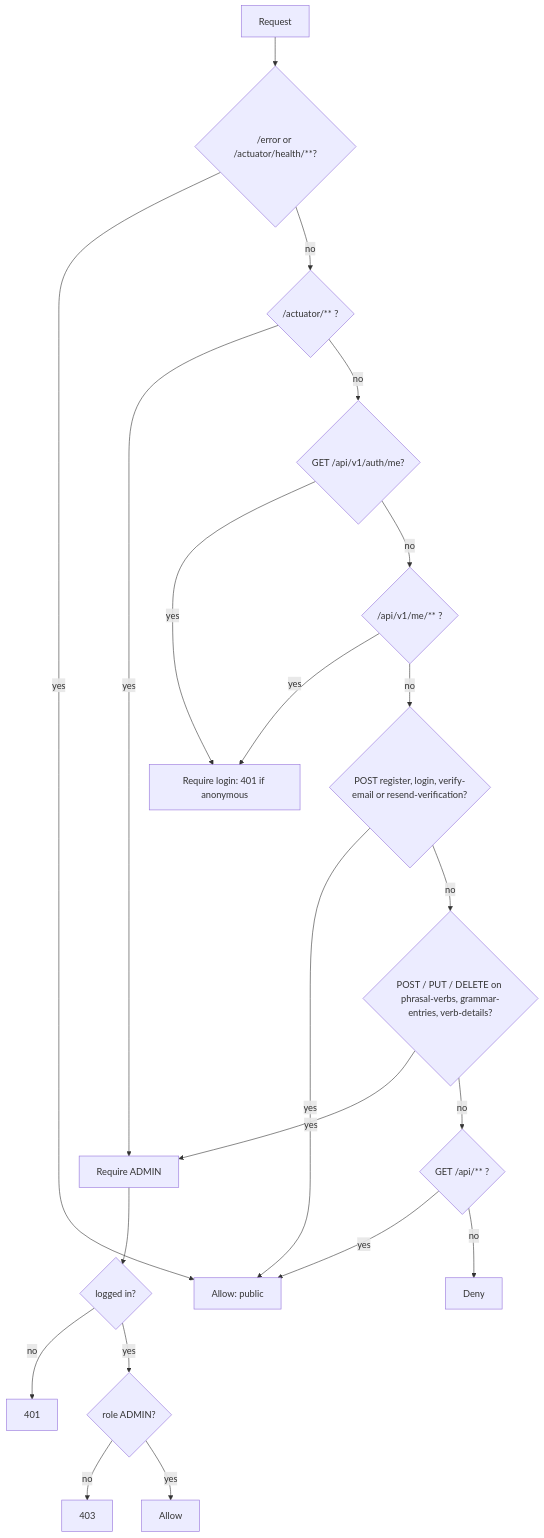
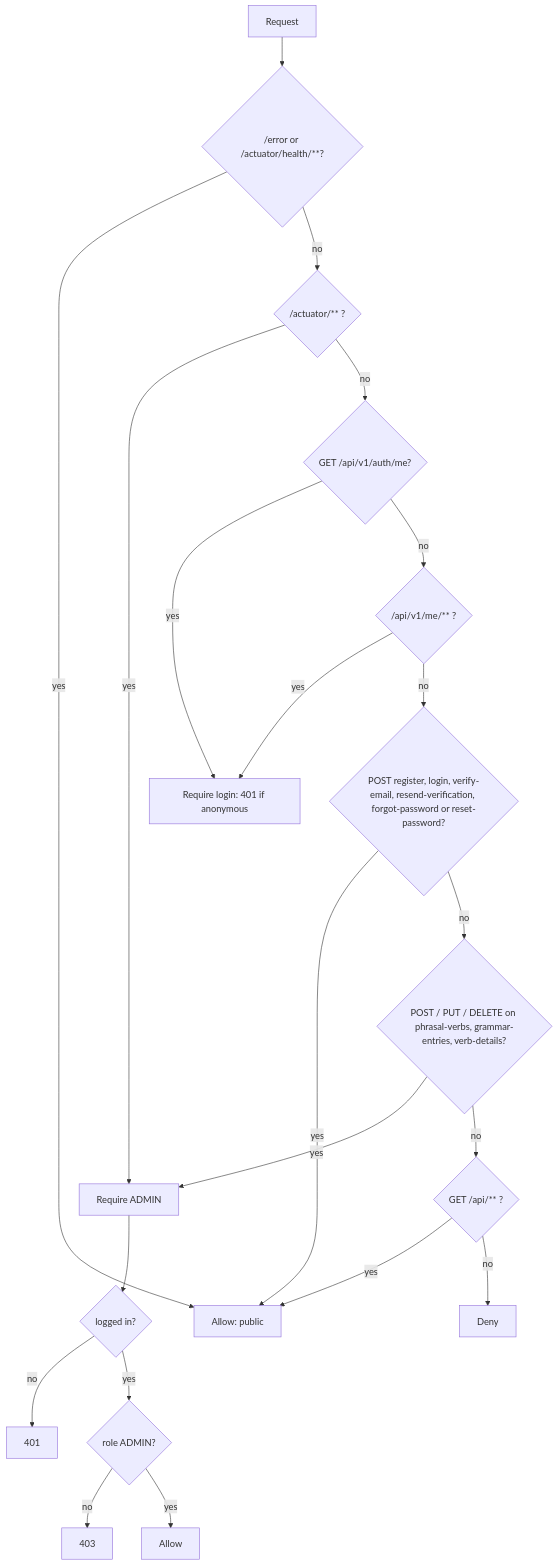
The third of 3 diagrams in docs/diagrams/auth-flow.md (makeitfine-org/phrasal), drawn with Mermaid before and after one commit. The commit also changed other lines of this file and 12 other files, not shown here.

Commit message:
docs: document password reset flow

````diff
--- a/docs/diagrams/auth-flow.md
+++ b/docs/diagrams/auth-flow.md
@@ -56,23 +56,23 @@
 ```mermaid
 flowchart TD
     R[Request] --> E{/error or /actuator/health/**?}
     E -- yes --> PUB[Allow: public]
     E -- no --> A{/actuator/** ?}
     A -- yes --> ADM[Require ADMIN]
     A -- no --> ME{GET /api/v1/auth/me?}
     ME -- yes --> AUTH[Require login: 401 if anonymous]
     ME -- no --> MEP{/api/v1/me/** ?}
     MEP -- yes --> AUTH
-    MEP -- no --> RL{POST register, login, verify-email or resend-verification?}
+    MEP -- no --> RL{POST register, login, verify-email, resend-verification, forgot-password or reset-password?}
     RL -- yes --> PUB
     RL -- no --> W{POST / PUT / DELETE on phrasal-verbs, grammar-entries, verb-details?}
     W -- yes --> ADM
     W -- no --> G{GET /api/** ?}
     G -- yes --> PUB
     G -- no --> DENY[Deny]
     ADM --> C{logged in?}
     C -- no --> U401[401]
     C -- yes --> RO{role ADMIN?}
     RO -- no --> F403[403]
     RO -- yes --> OK[Allow]
 ```
````
